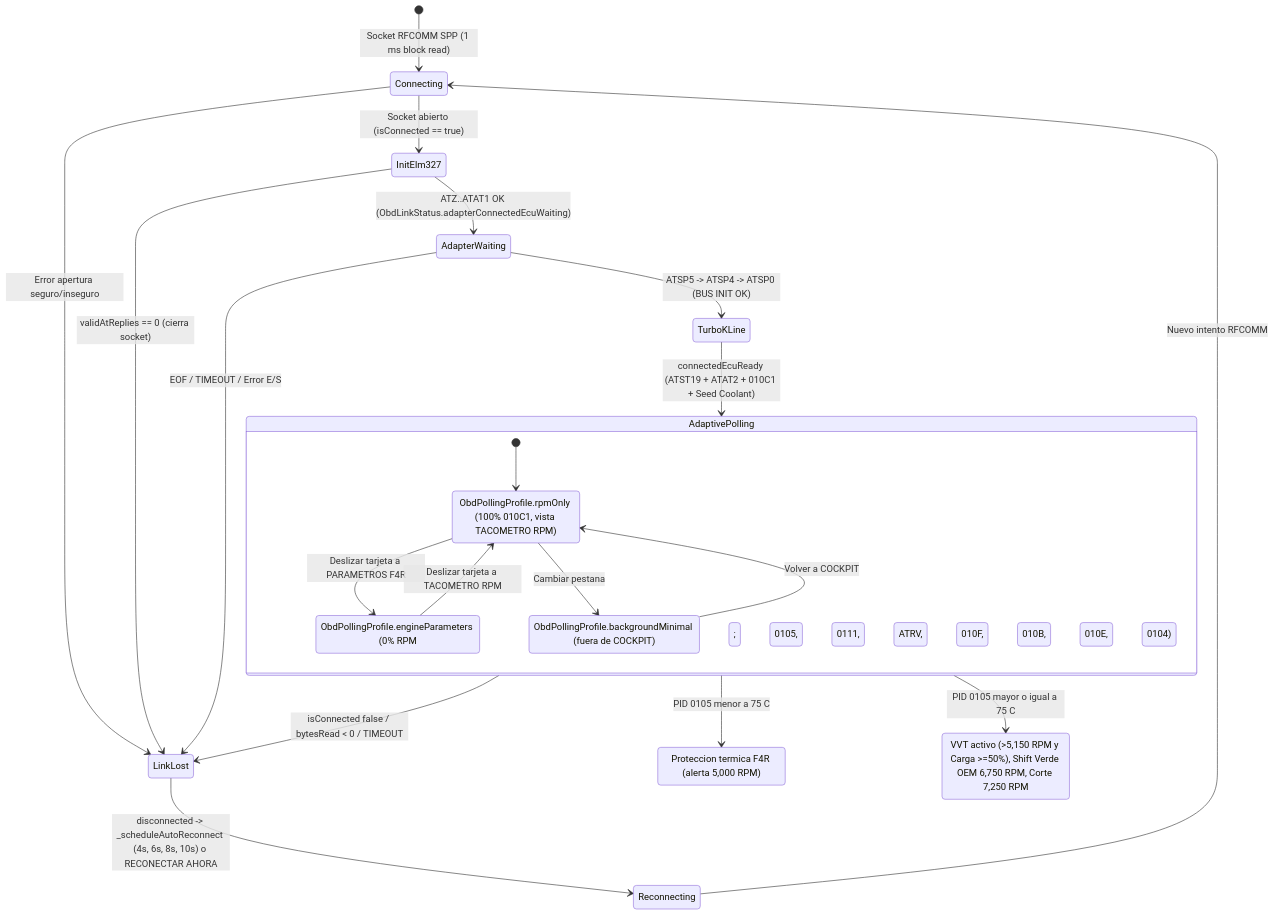
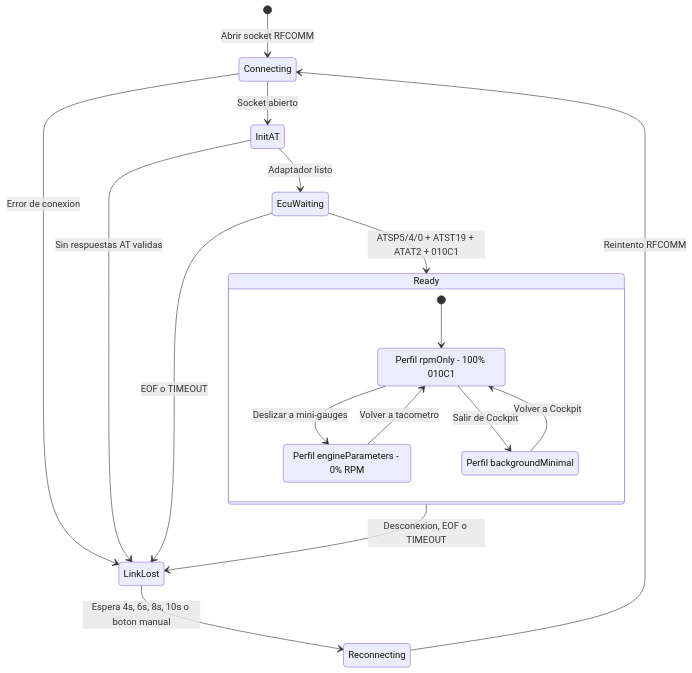
The second of 2 diagrams in REPORTE_TECNICO.md (MidKnight458/RS-Digital-Cockpit), drawn with Mermaid before and after one commit. The commit also changed other lines of this file and 4 other files, not shown here.

Commit message:
fix(obd2-bt): resolve RFCOMM connect timeout/deadlock and UI lockup; refine technical report

````diff
--- a/REPORTE_TECNICO.md
+++ b/REPORTE_TECNICO.md
@@ -243,35 +178,27 @@
 ```mermaid
 stateDiagram-v2
-    [*] --> Connecting: Socket RFCOMM SPP (1 ms block read)
-    Connecting --> InitElm327: Socket abierto (isConnected == true)
-    Connecting --> LinkLost: Error apertura seguro/inseguro
+    [*] --> Connecting: Abrir socket RFCOMM
+    Connecting --> InitAT: Socket abierto
+    Connecting --> LinkLost: Error de conexion
 
-    InitElm327 --> LinkLost: validAtReplies == 0 (cierra socket)
-    InitElm327 --> AdapterWaiting: ATZ..ATAT1 OK (ObdLinkStatus.adapterConnectedEcuWaiting)
+    InitAT --> LinkLost: Sin respuestas AT validas
+    InitAT --> EcuWaiting: Adaptador listo
 
-    AdapterWaiting --> TurboKLine: ATSP5 -> ATSP4 -> ATSP0 (BUS INIT OK)
-    AdapterWaiting --> LinkLost: EOF / TIMEOUT / Error E/S
+    EcuWaiting --> Ready: ATSP5/4/0 + ATST19 + ATAT2 + 010C1
+    EcuWaiting --> LinkLost: EOF o TIMEOUT
 
-    TurboKLine --> AdaptivePolling: connectedEcuReady (ATST19 + ATAT2 + 010C1 + Seed Coolant)
-
-    state AdaptivePolling {
-        [*] --> RpmOnlyMode
-        RpmOnlyMode: ObdPollingProfile.rpmOnly (100% 010C1, vista TACOMETRO RPM)
-        EngineParamsMode: ObdPollingProfile.engineParameters (0% RPM; 0105, 0111, ATRV, 010F, 010B, 010E, 0104)
-        BackgroundMode: ObdPollingProfile.backgroundMinimal (fuera de COCKPIT)
-        RpmOnlyMode --> EngineParamsMode: Deslizar tarjeta a PARAMETROS F4R
-        EngineParamsMode --> RpmOnlyMode: Deslizar tarjeta a TACOMETRO RPM
-        RpmOnlyMode --> BackgroundMode: Cambiar pestana
-        BackgroundMode --> RpmOnlyMode: Volver a COCKPIT
+    state Ready {
+        [*] --> RpmOnly
+        RpmOnly: Perfil rpmOnly - 100% 010C1
+        EngineParams: Perfil engineParameters - 0% RPM
+        Background: Perfil backgroundMinimal
+        RpmOnly --> EngineParams: Deslizar a mini-gauges
+        EngineParams --> RpmOnly: Volver a tacometro
+        RpmOnly --> Background: Salir de Cockpit
+        Background --> RpmOnly: Volver a Cockpit
     }
 
-    AdaptivePolling --> ColdMap: PID 0105 menor a 75 C
-    AdaptivePolling --> WarmMap: PID 0105 mayor o igual a 75 C
-    AdaptivePolling --> LinkLost: isConnected false / bytesRead < 0 / TIMEOUT
-
-    ColdMap: Proteccion termica F4R (alerta 5,000 RPM)
-    WarmMap: VVT activo (>5,150 RPM y Carga >=50%), Shift Verde OEM 6,750 RPM, Corte 7,250 RPM
-
-    LinkLost --> Reconnecting: disconnected -> _scheduleAutoReconnect (4s, 6s, 8s, 10s) o RECONECTAR AHORA
-    Reconnecting --> Connecting: Nuevo intento RFCOMM
+    Ready --> LinkLost: Desconexion, EOF o TIMEOUT
+    LinkLost --> Reconnecting: Espera 4s, 6s, 8s, 10s o boton manual
+    Reconnecting --> Connecting: Reintento RFCOMM
 ```
````
